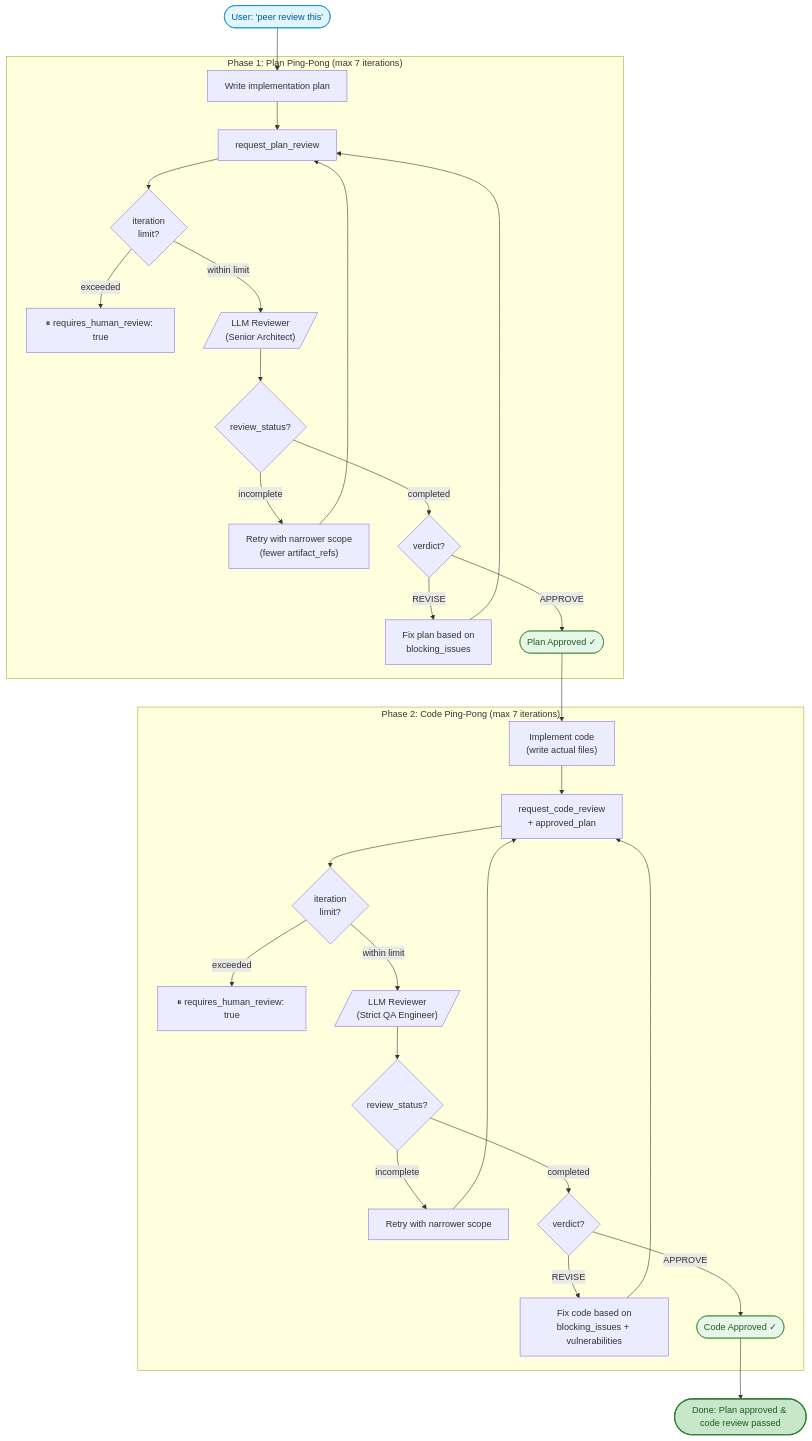
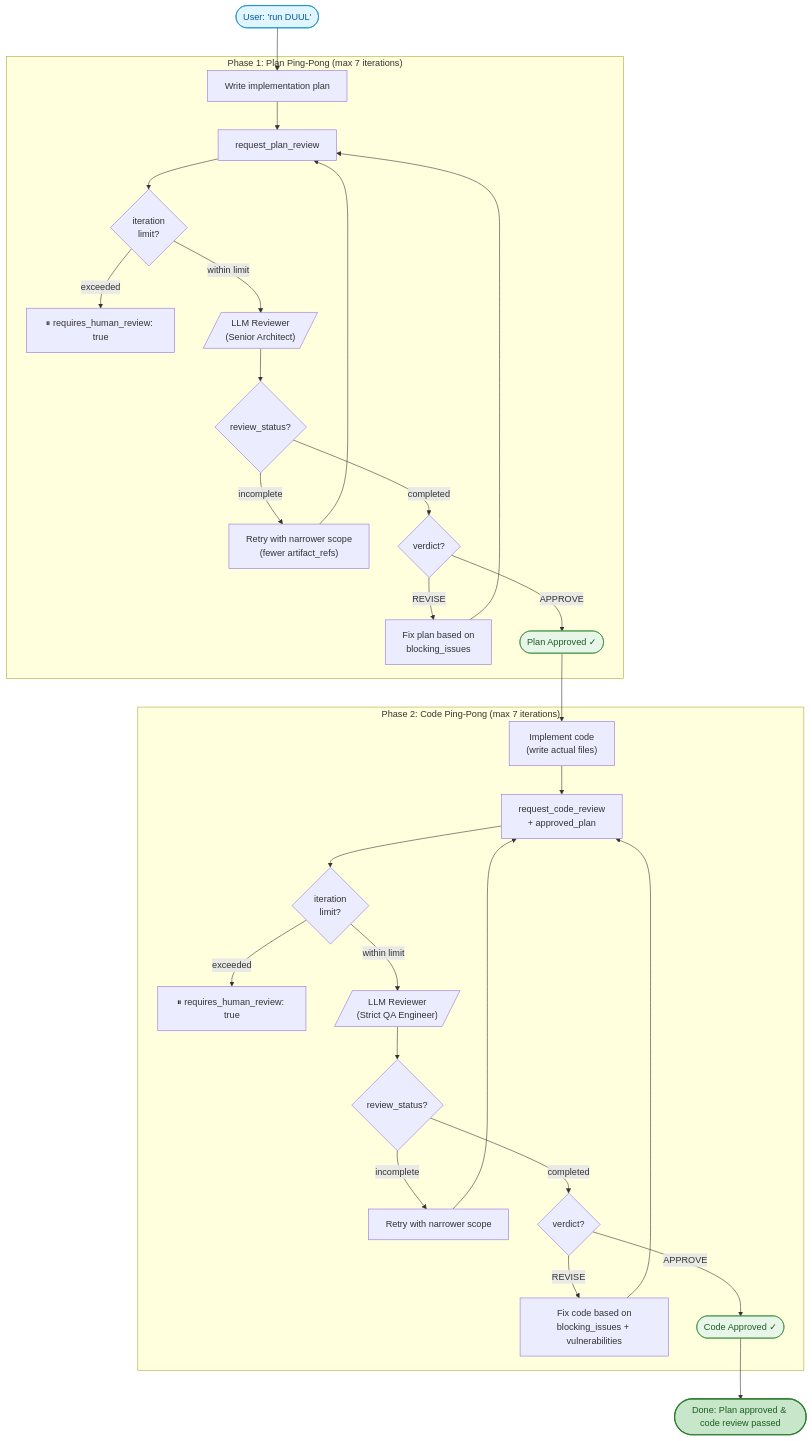
One commit to Planningo/duul changed the first of 4 diagrams in README.md. Above: the diagram before and after it, drawn with Mermaid. The commit also changed other lines of this file and 13 other files, not shown here.

First line of the commit message:
feat: rename to DUUL (Dual-phase Upfront-plan & Unit-verify Loop)

````diff
--- a/README.md
+++ b/README.md
@@ -24,40 +24,40 @@
 ```mermaid
 flowchart TD
-    Start(["User: 'peer review this'"]):::trigger --> Plan["Write implementation plan"]
+    Start(["User: 'run DUUL'"]):::trigger --> Plan["Write implementation plan"]
 
     subgraph Phase1["Phase 1: Plan Ping-Pong (max 7 iterations)"]
         Plan --> PR["request_plan_review"]
         PR --> IterCheck1{iteration\nlimit?}
         IterCheck1 -- "exceeded" --> Human1["⏸ requires_human_review: true"]
         IterCheck1 -- "within limit" --> Review1[/"LLM Reviewer\n(Senior Architect)"/]
         Review1 --> Status1{review_status?}
         Status1 -- "incomplete" --> Narrow1["Retry with narrower scope\n(fewer artifact_refs)"]
         Narrow1 --> PR
         Status1 -- "completed" --> Verdict1{verdict?}
         Verdict1 -- "REVISE" --> Fix1["Fix plan based on\nblocking_issues"]
         Fix1 --> PR
         Verdict1 -- "APPROVE" --> PlanOK(["Plan Approved ✓"]):::approved
     end
 
     PlanOK --> Impl["Implement code\n(write actual files)"]
 
     subgraph Phase2["Phase 2: Code Ping-Pong (max 7 iterations)"]
         Impl --> CR["request_code_review\n+ approved_plan"]
         CR --> IterCheck2{iteration\nlimit?}
         IterCheck2 -- "exceeded" --> Human2["⏸ requires_human_review: true"]
         IterCheck2 -- "within limit" --> Review2[/"LLM Reviewer\n(Strict QA Engineer)"/]
         Review2 --> Status2{review_status?}
         Status2 -- "incomplete" --> Narrow2["Retry with narrower scope"]
         Narrow2 --> CR
         Status2 -- "completed" --> Verdict2{verdict?}
         Verdict2 -- "REVISE" --> Fix2["Fix code based on\nblocking_issues + vulnerabilities"]
         Fix2 --> CR
         Verdict2 -- "APPROVE" --> CodeOK(["Code Approved ✓"]):::approved
     end
 
     CodeOK --> Done(["Done: Plan approved & code review passed"]):::done
 
     classDef trigger fill:#e1f5fe,stroke:#0288d1,color:#01579b
     classDef approved fill:#e8f5e9,stroke:#388e3c,color:#1b5e20
     classDef done fill:#c8e6c9,stroke:#2e7d32,color:#1b5e20,stroke-width:2px
 ```
````
